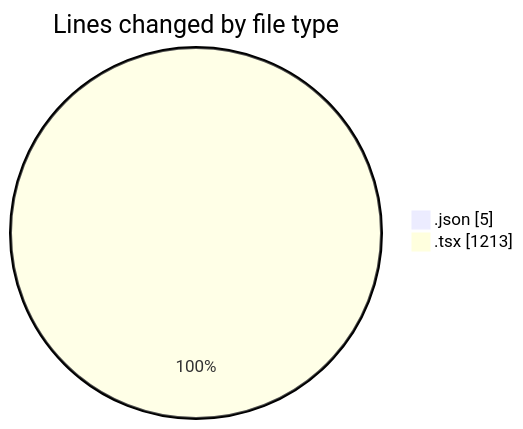
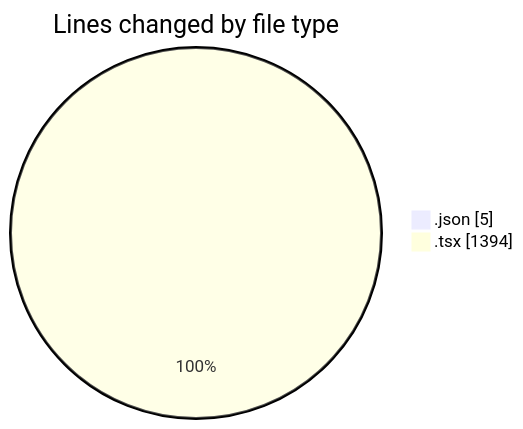
Before and after one commit to Elitesun/code-tracking: the first of 2 diagrams in 2025-05-29/advertise/README.md, drawn with Mermaid. The commit also changed other lines of this file and 1 other file, not shown here.

````diff
--- a/2025-05-29/advertise/README.md
+++ b/2025-05-29/advertise/README.md
@@ -26,6 +26,6 @@
 ```mermaid
 pie showData
 title Lines changed by file type
 ".json" : 5
-".tsx" : 1213
+".tsx" : 1394
 ```
````
